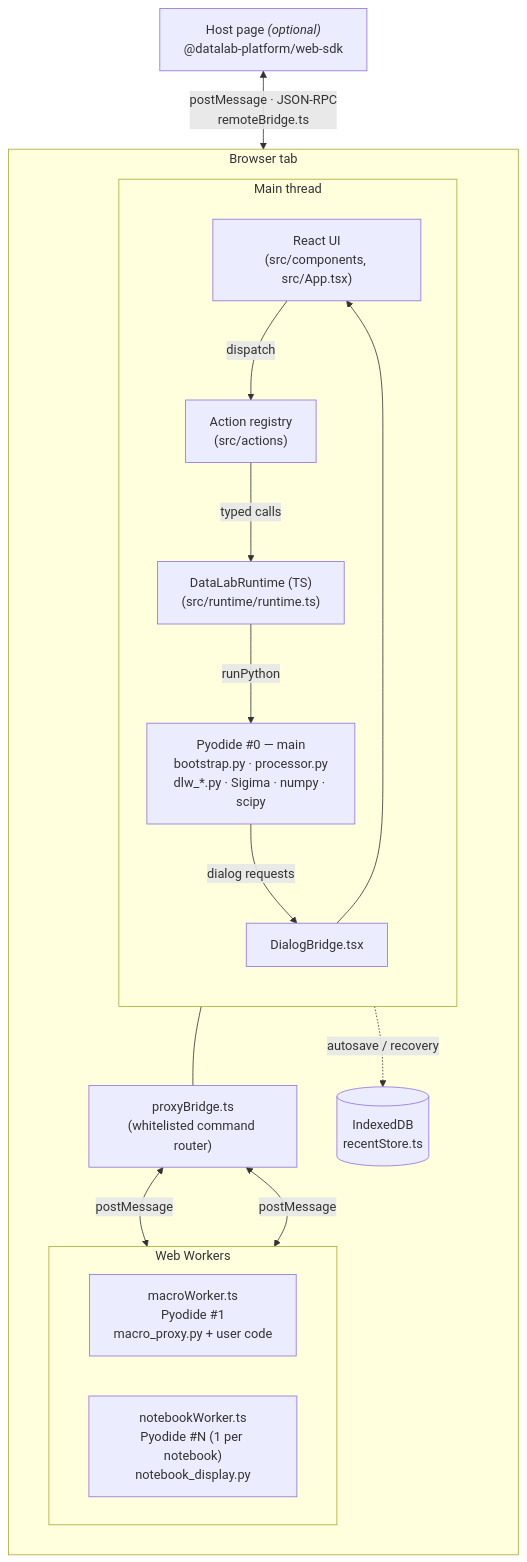
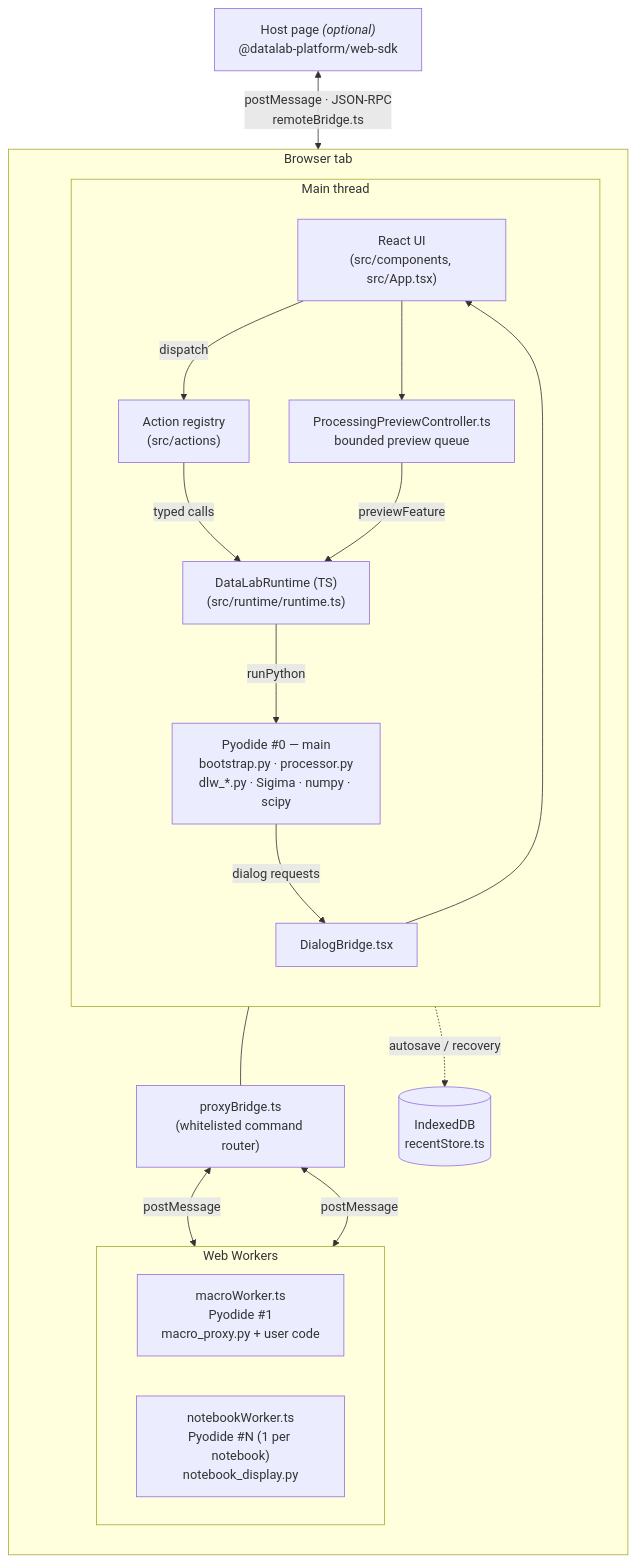
The first of 8 diagrams in doc/architecture.md (DataLab-Platform/web), drawn with Mermaid before and after one commit. The commit also changed other lines of this file and 30 other files, not shown here.

````diff
--- a/doc/architecture.md
+++ b/doc/architecture.md
@@ -23,40 +23,43 @@
 ```mermaid
 flowchart TB
     Host["Host page <i>(optional)</i><br/>@datalab-platform/web-sdk"]
 
     subgraph Tab["Browser tab"]
         direction TB
 
         subgraph Main["Main thread"]
             direction TB
             UI["React UI<br/>(src/components, src/App.tsx)"]
             Actions["Action registry<br/>(src/actions)"]
             DBridge["DialogBridge.tsx"]
             RT["DataLabRuntime (TS)<br/>(src/runtime/runtime.ts)"]
+            Preview["ProcessingPreviewController.ts<br/>bounded preview queue"]
             Py0["Pyodide #0 — main<br/>bootstrap.py · processor.py<br/>dlw_*.py · Sigima · numpy · scipy"]
 
             UI -->|dispatch| Actions
             Actions -->|typed calls| RT
             RT -->|runPython| Py0
+            UI --> Preview
+            Preview -->|previewFeature| RT
             Py0 -->|dialog requests| DBridge
             DBridge --> UI
         end
 
         PB["proxyBridge.ts<br/>(whitelisted command router)"]
 
         subgraph Workers["Web Workers"]
             direction LR
             Mw["macroWorker.ts<br/>Pyodide #1<br/>macro_proxy.py + user code"]
             Nw["notebookWorker.ts<br/>Pyodide #N (1 per notebook)<br/>notebook_display.py"]
         end
 
         IDB[("IndexedDB<br/>recentStore.ts")]
 
         RT --- PB
         PB <-->|postMessage| Mw
         PB <-->|postMessage| Nw
         UI -. autosave / recovery .-> IDB
     end
 
     Host <-->|postMessage · JSON-RPC<br/>remoteBridge.ts| RT
 ```
````
